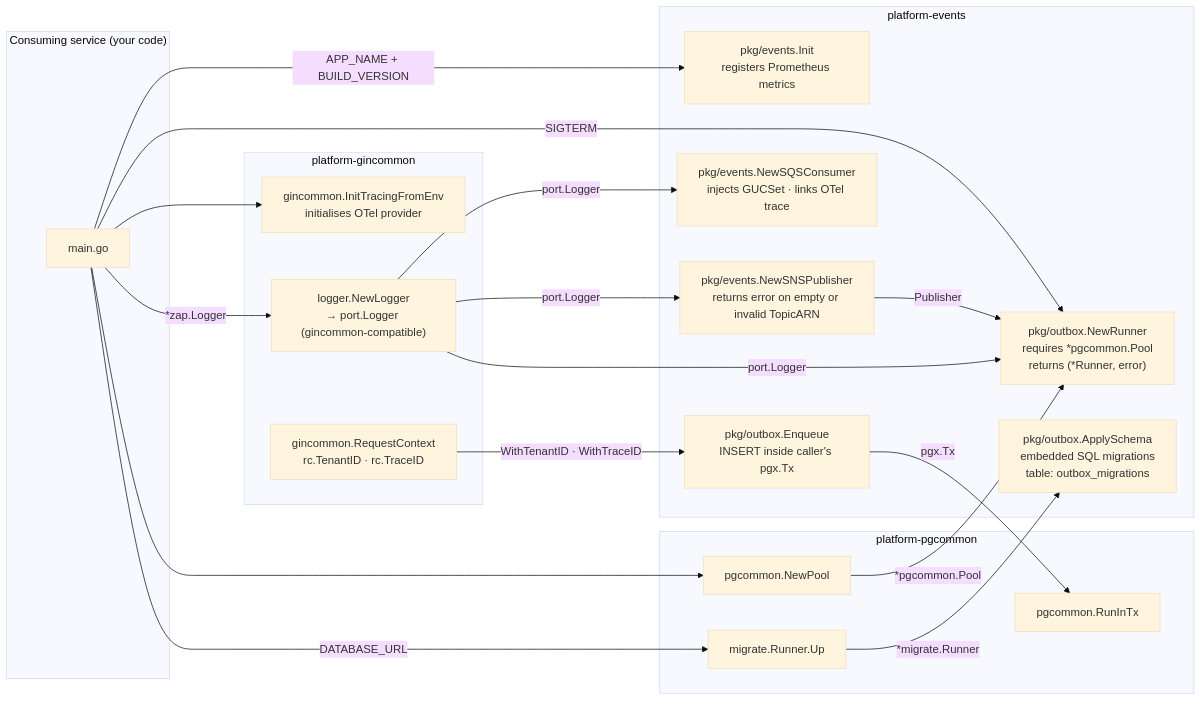
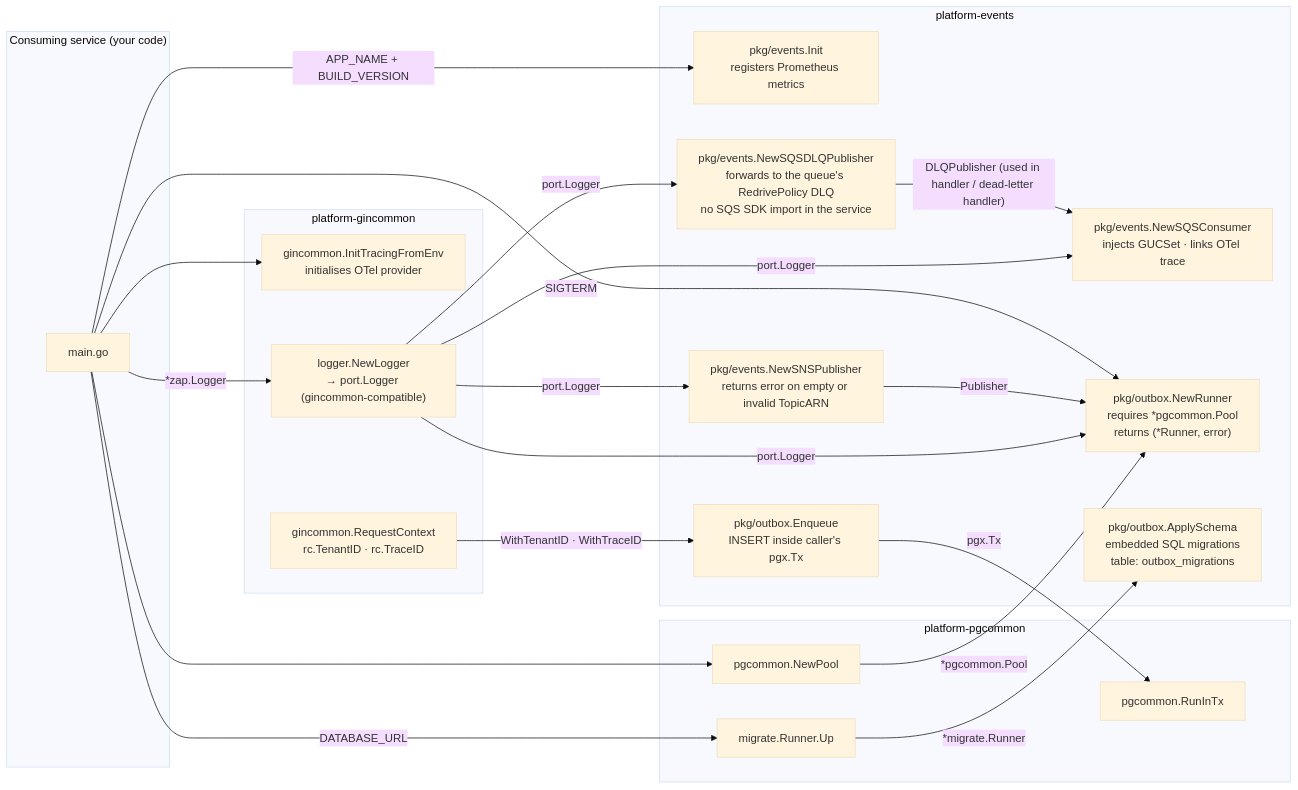
One commit to BCBP-SOLUTIONS-FZC-LLC/platform-events changed the diagram in docs/architecture/mermaid/consuming-service-wiring.mmd. Above: the diagram before and after it, drawn with Mermaid (base theme). The commit also changed 27 other files, not shown here.

First line of the commit message:
docs: restructure README and ARCHITECTURE, document DLQ forwarding

```diff
--- a/docs/architecture/mermaid/consuming-service-wiring.mmd
+++ b/docs/architecture/mermaid/consuming-service-wiring.mmd
@@ -1,40 +1,43 @@
 graph LR
     subgraph service["Consuming service (your code)"]
         main["main.go"]
     end
 
     subgraph events_lib["platform-events"]
         metrics_init["pkg/events.Init\nregisters Prometheus metrics"]
         sns_new["pkg/events.NewSNSPublisher\nreturns error on empty or invalid TopicARN"]
         sqs_new["pkg/events.NewSQSConsumer\ninjects GUCSet · links OTel trace"]
+        dlq_new["pkg/events.NewSQSDLQPublisher\nforwards to the queue's RedrivePolicy DLQ\nno SQS SDK import in the service"]
         outbox_new["pkg/outbox.NewRunner\nrequires *pgcommon.Pool\nreturns (*Runner, error)"]
         apply_schema["pkg/outbox.ApplySchema\nembedded SQL migrations\ntable: outbox_migrations"]
         enqueue["pkg/outbox.Enqueue\nINSERT inside caller's pgx.Tx"]
     end
 
     subgraph pgcommon_lib["platform-pgcommon"]
         pool_new["pgcommon.NewPool"]
         run_in_tx["pgcommon.RunInTx"]
         mig_run["migrate.Runner.Up"]
     end
 
     subgraph gincommon_lib["platform-gincommon"]
         otel_init["gincommon.InitTracingFromEnv\ninitialises OTel provider"]
         zap_logger["logger.NewLogger\n→ port.Logger (gincommon-compatible)"]
         req_ctx["gincommon.RequestContext\nrc.TenantID · rc.TraceID"]
     end
 
     main -->|"APP_NAME + BUILD_VERSION"| metrics_init
     main --> otel_init
     main -->|"*zap.Logger"| zap_logger
     zap_logger -->|"port.Logger"| sns_new
     zap_logger -->|"port.Logger"| sqs_new
     zap_logger -->|"port.Logger"| outbox_new
+    zap_logger -->|"port.Logger"| dlq_new
+    dlq_new -->|"DLQPublisher (used in handler / dead-letter handler)"| sqs_new
     main --> pool_new
     pool_new -->|"*pgcommon.Pool"| outbox_new
     main -->|"DATABASE_URL"| mig_run
     mig_run -->|"*migrate.Runner"| apply_schema
     sns_new -->|"Publisher"| outbox_new
     main -->|"SIGTERM"| outbox_new
     req_ctx -->|"WithTenantID · WithTraceID"| enqueue
     enqueue -->|"pgx.Tx"| run_in_tx
```
